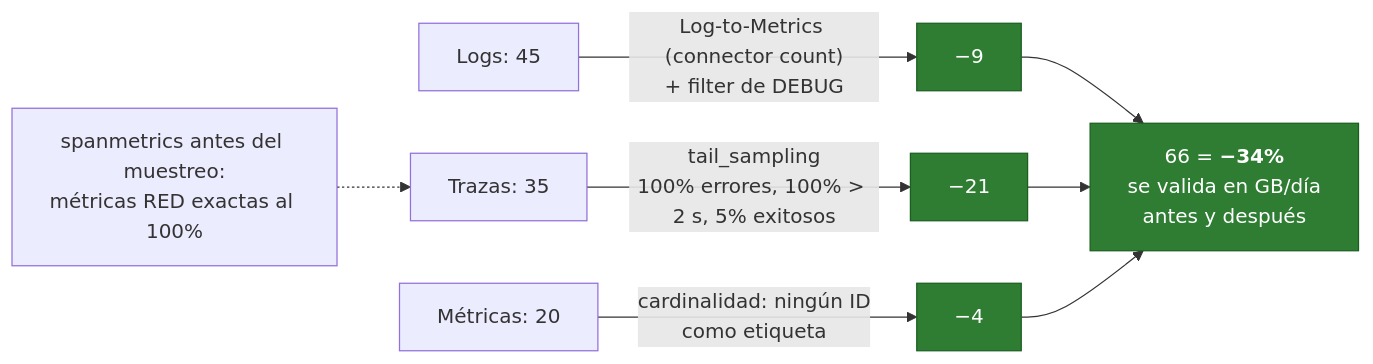
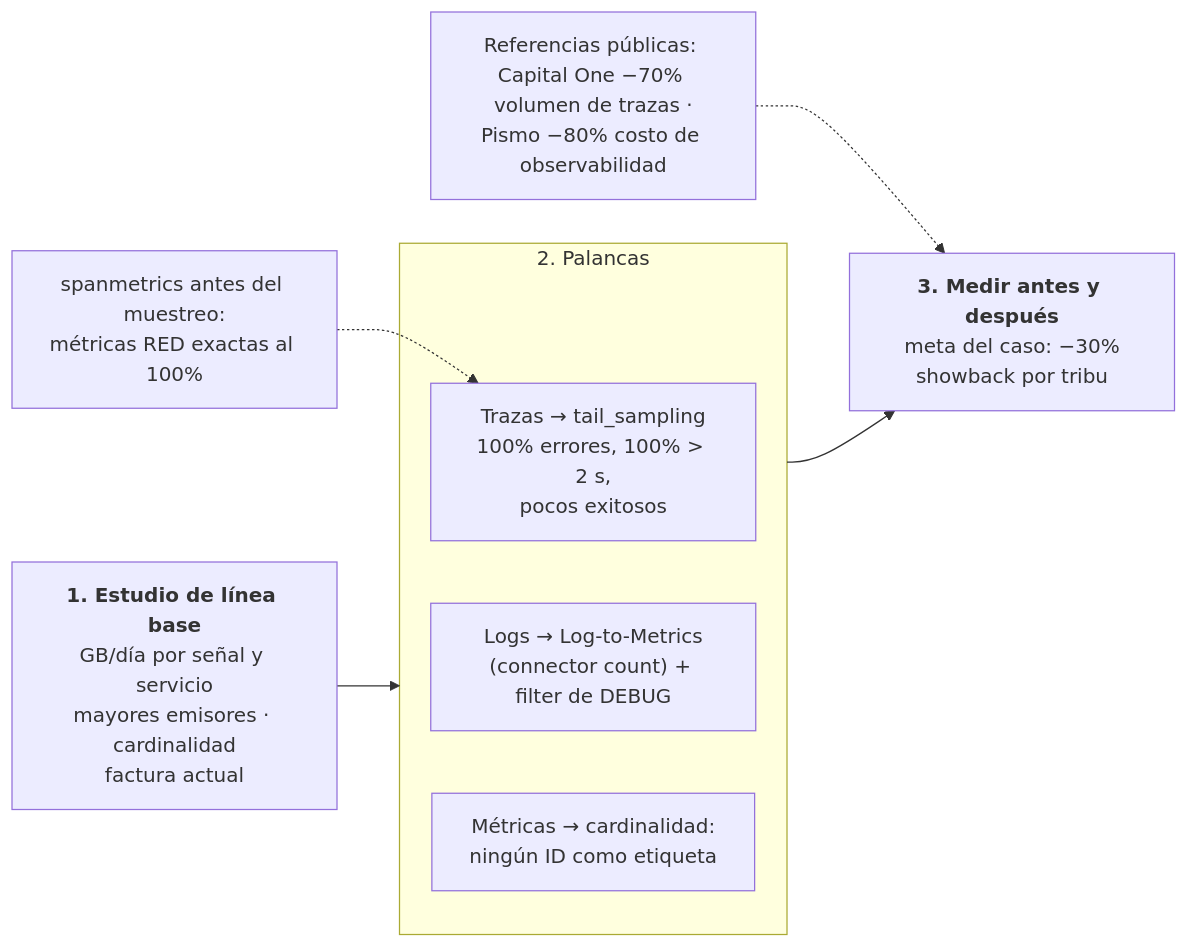
Before and after one commit to locosebas/necesidadesYGrafos: the seventh of 12 diagrams in devops-senior/temas/25-davivienda-sre-observabilidad/presentacion-libreto.md, drawn with Mermaid. The commit also changed other lines of this file and 3 other files, not shown here.

Commit message:
D17: quitar la cifra de ahorro inventada; estudio previo de línea base y solo referencias públicas con fuente

````diff
--- a/devops-senior/temas/25-davivienda-sre-observabilidad/presentacion-libreto.md
+++ b/devops-senior/temas/25-davivienda-sre-observabilidad/presentacion-libreto.md
@@ -476,13 +467,13 @@
 ```mermaid
 flowchart LR
-    logs["Logs: 45"] -- "Log-to-Metrics (connector count)<br/>+ filter de DEBUG" --> r1["−9"]
-    trazas["Trazas: 35"] -- "tail_sampling<br/>100% errores, 100% > 2 s, 5% exitosos" --> r2["−21"]
-    metricas["Métricas: 20"] -- "cardinalidad: ningún ID<br/>como etiqueta" --> r3["−4"]
-    r1 --> total["66 = <b>−34%</b><br/>se valida en GB/día<br/>antes y después"]
-    r2 --> total
-    r3 --> total
+    estudio["<b>1. Estudio de línea base</b><br/>GB/día por señal y servicio<br/>mayores emisores · cardinalidad<br/>factura actual"]
+    subgraph palancas["2. Palancas"]
+        trazas["Trazas → tail_sampling<br/>100% errores, 100% > 2 s,<br/>pocos exitosos"]
+        logs["Logs → Log-to-Metrics<br/>(connector count) + filter de DEBUG"]
+        metricas["Métricas → cardinalidad:<br/>ningún ID como etiqueta"]
+    end
+    medir["<b>3. Medir antes y después</b><br/>meta del caso: −30%<br/>showback por tribu"]
+    estudio --> palancas --> medir
     spanm["spanmetrics antes del muestreo:<br/>métricas RED exactas al 100%"] -.-> trazas
-
-    classDef ahorro fill:#2e7d32,stroke:#1b5e20,color:#ffffff
-    class r1,r2,r3,total ahorro
+    refs["Referencias públicas: Capital One −70% volumen de trazas ·<br/>Pismo −80% costo de observabilidad"] -.-> medir
 ```
````
